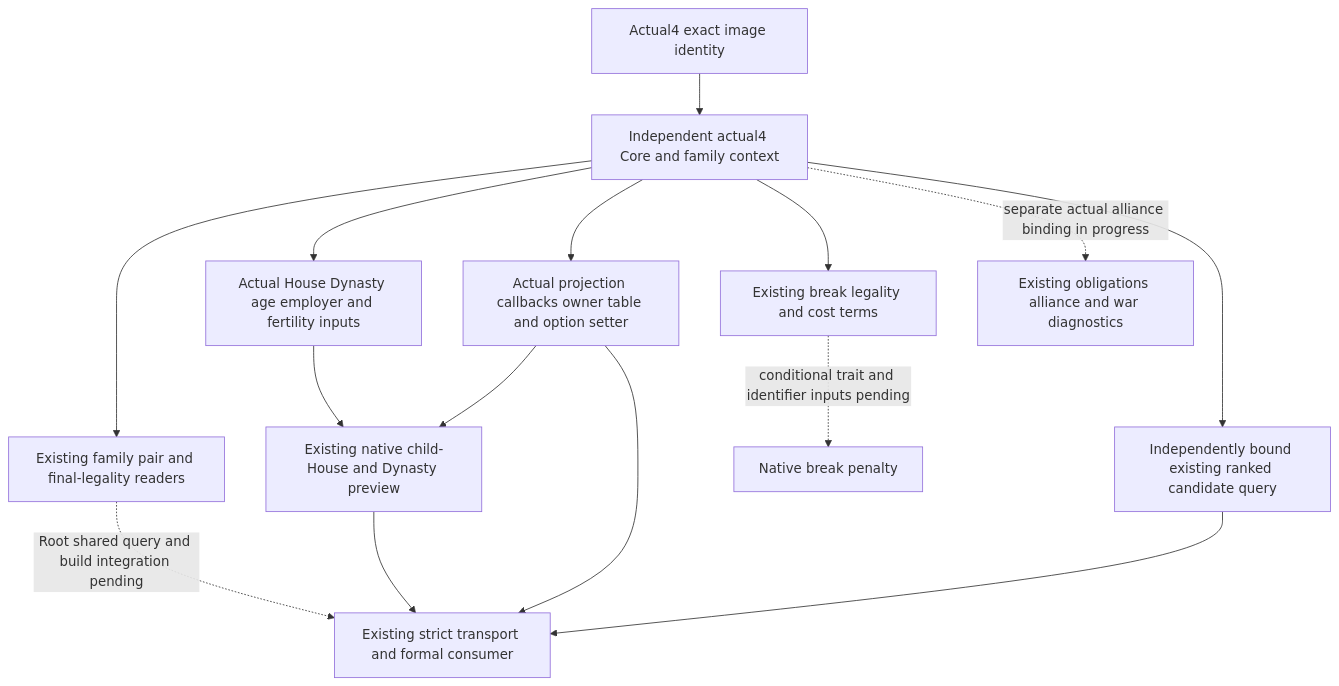
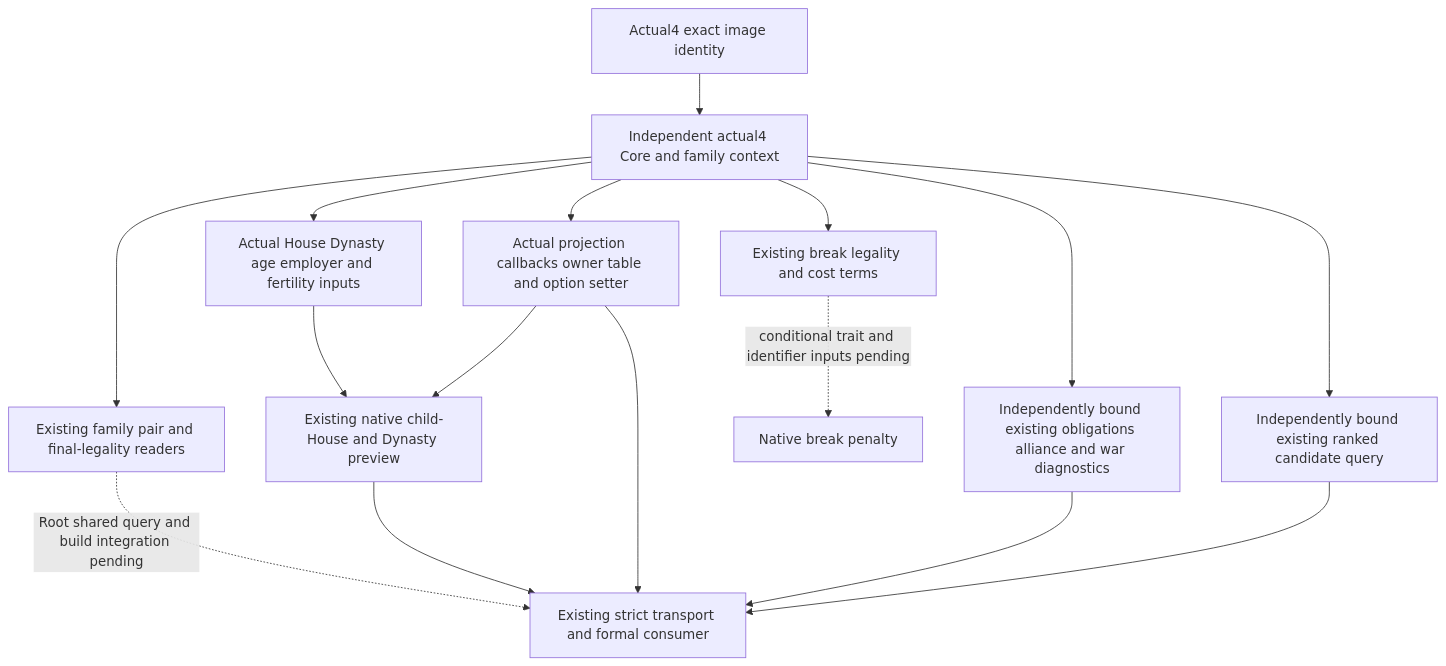
The diagram in docs/ck3-native-ai/family-bindings-12004.md (XenoAmess/ck3_eternal_recurrence), drawn with Mermaid before and after one commit. The commit also changed other lines of this file and 3 other files, not shown here.

````diff
--- a/docs/ck3-native-ai/family-bindings-12004.md
+++ b/docs/ck3-native-ai/family-bindings-12004.md
@@ -19,17 +21,18 @@
 ```mermaid
 flowchart TD
   I[Actual4 exact image identity] --> C[Independent actual4 Core and family context]
   C --> F[Existing family pair and final-legality readers]
   C --> V[Actual House Dynasty age employer and fertility inputs]
   C --> P[Actual projection callbacks owner table and option setter]
   V --> L[Existing native child-House and Dynasty preview]
   P --> L
   C --> B[Existing break legality and cost terms]
   B -. conditional trait and identifier inputs pending .-> BP[Native break penalty]
   F -. Root shared query and build integration pending .-> O[Existing strict transport and formal consumer]
   L --> O
   P --> O
-  C -. separate actual alliance binding in progress .-> A[Existing obligations alliance and war diagnostics]
+  C --> A[Independently bound existing obligations alliance and war diagnostics]
+  A --> O
   C --> R[Independently bound existing ranked candidate query]
   R --> O
 ```
````
